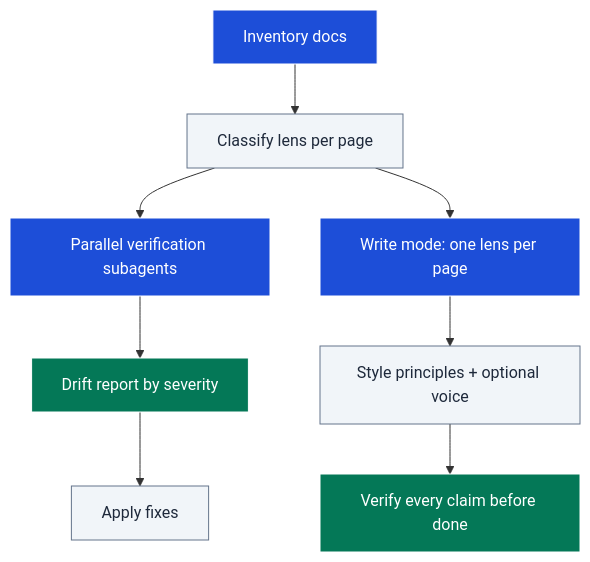
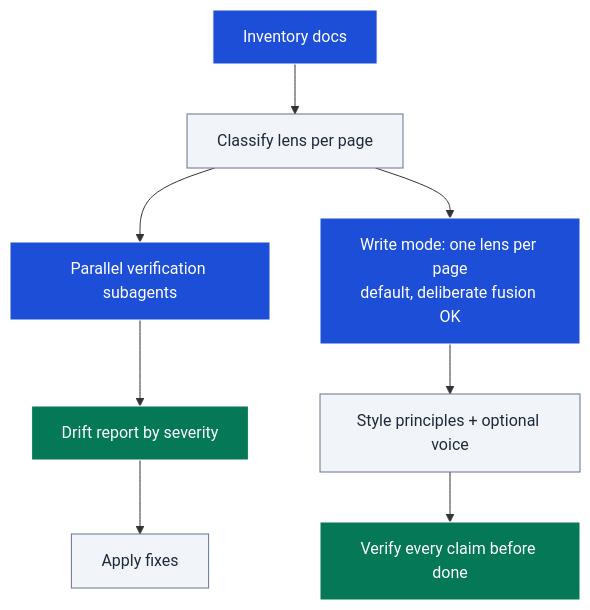
Before and after one commit to bianbianzhu/agentic-dotfiles: the diagram in skills/gooddocs/README.md, drawn with Mermaid. The commit also changed 2 other files, not shown here.

````diff
--- a/skills/gooddocs/README.md
+++ b/skills/gooddocs/README.md
@@ -57,17 +57,17 @@
 ```mermaid
 flowchart TD
     I[Inventory docs] --> C[Classify lens per page]
     C --> S[Parallel verification subagents]
     S --> R[Drift report by severity]
     R --> FX[Apply fixes]
-    C --> W[Write mode: one lens per page]
+    C --> W[Write mode: one lens per page<br/>default, deliberate fusion OK]
     W --> P[Style principles + optional voice]
     P --> V[Verify every claim before done]
 
     classDef primary fill:#1d4ed8,stroke:#fff,color:#fff
     classDef secondary fill:#f1f5f9,stroke:#64748b,color:#1e293b
     classDef accent fill:#047857,stroke:#fff,color:#fff
     class I,S,W primary
     class C,P,FX secondary
     class R,V accent
 ```
````
